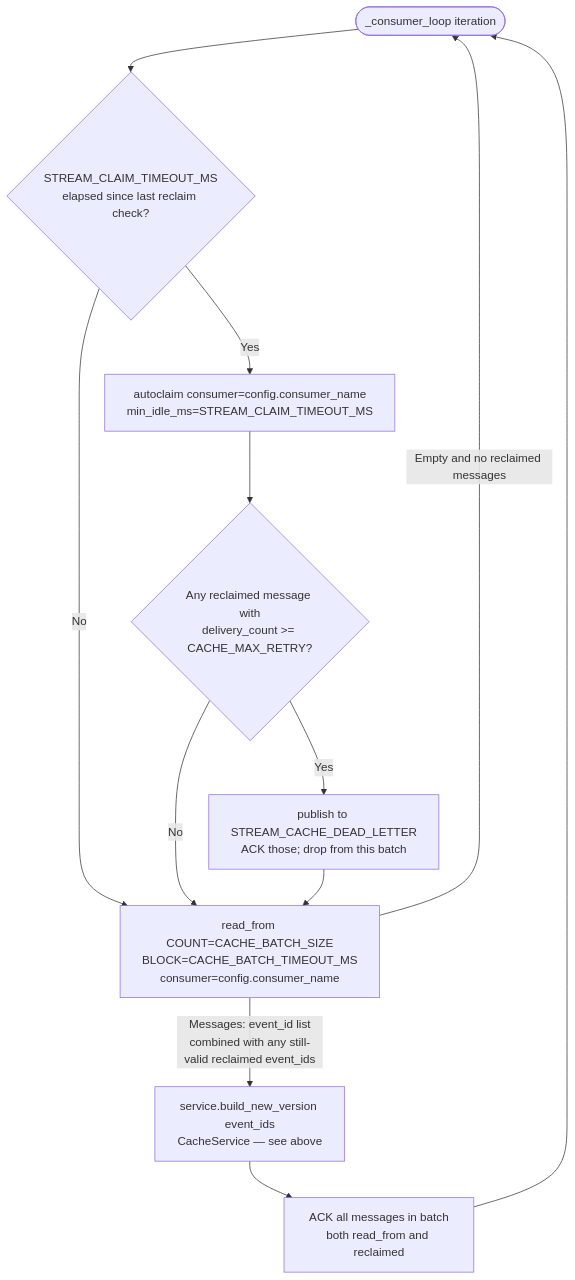
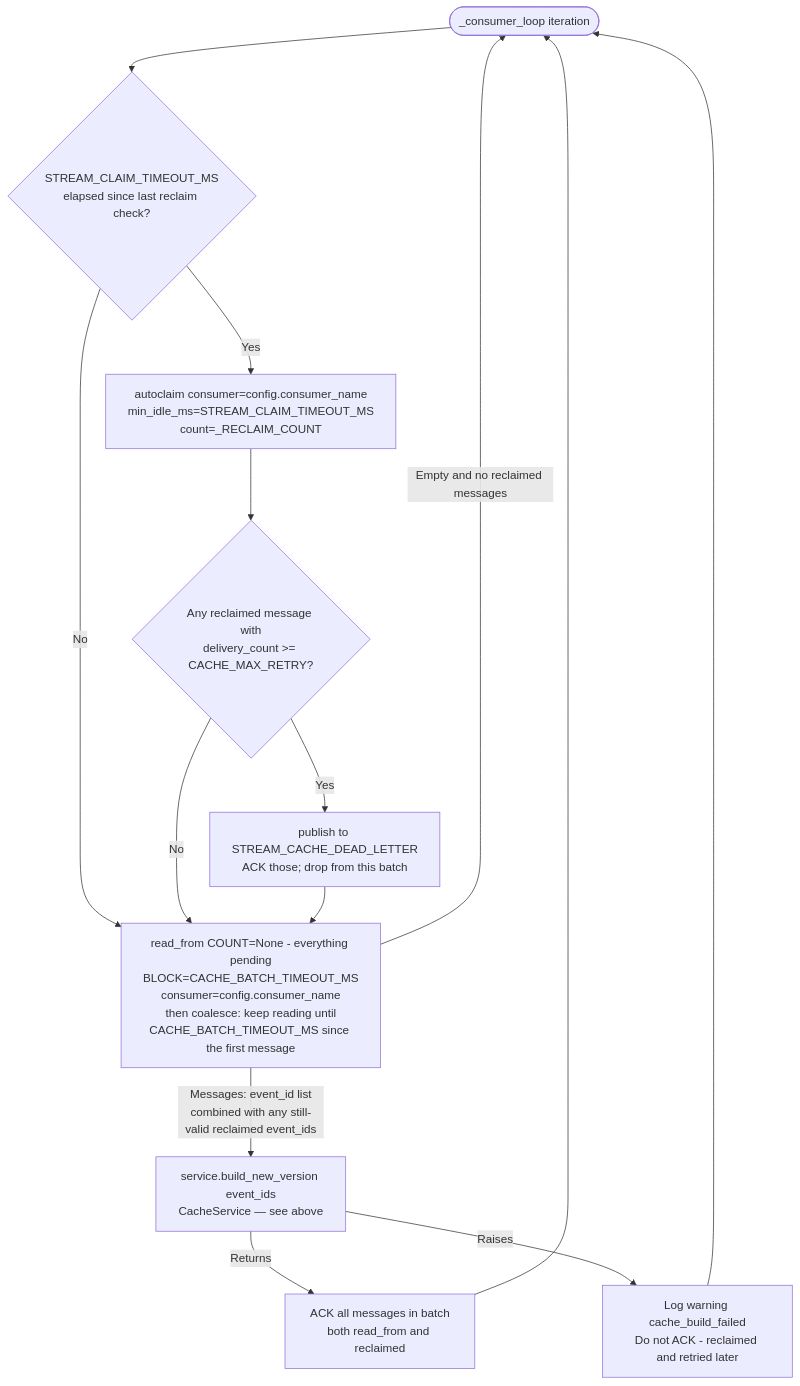
The fourth of 4 diagrams in stock-assistant-pipeline-intelligence/docs/implementation.md (mars-xiaoyi/wealthfinder), drawn with Mermaid before and after one commit. The commit also changed other lines of this file and 3 other files, not shown here.

````diff
--- a/stock-assistant-pipeline-intelligence/docs/implementation.md
+++ b/stock-assistant-pipeline-intelligence/docs/implementation.md
@@ -4853,14 +4614,16 @@
 ```mermaid
 flowchart TD
     A([_consumer_loop iteration]) --> RC{STREAM_CLAIM_TIMEOUT_MS\nelapsed since last reclaim check?}
-    RC -->|Yes| AC[autoclaim consumer=config.consumer_name\nmin_idle_ms=STREAM_CLAIM_TIMEOUT_MS]
+    RC -->|Yes| AC[autoclaim consumer=config.consumer_name\nmin_idle_ms=STREAM_CLAIM_TIMEOUT_MS\ncount=_RECLAIM_COUNT]
     RC -->|No| RG
     AC --> DL{Any reclaimed message with\ndelivery_count >= CACHE_MAX_RETRY?}
     DL -->|Yes| DLW[publish to STREAM_CACHE_DEAD_LETTER\nACK those; drop from this batch]
-    DL -->|No| RG[read_from COUNT=CACHE_BATCH_SIZE\nBLOCK=CACHE_BATCH_TIMEOUT_MS\nconsumer=config.consumer_name]
+    DL -->|No| RG[read_from COUNT=None - everything pending\nBLOCK=CACHE_BATCH_TIMEOUT_MS\nconsumer=config.consumer_name\nthen coalesce: keep reading until\nCACHE_BATCH_TIMEOUT_MS since the first message]
     DLW --> RG
     RG -->|Empty and no reclaimed messages| A
     RG -->|Messages: event_id list\ncombined with any still-valid reclaimed event_ids| BUILD[service.build_new_version event_ids\nCacheService — see above]
-    BUILD --> J[ACK all messages in batch\nboth read_from and reclaimed]
+    BUILD -->|Returns| J[ACK all messages in batch\nboth read_from and reclaimed]
+    BUILD -->|Raises| K[Log warning cache_build_failed\nDo not ACK - reclaimed and retried later]
     J --> A
+    K --> A
 ```
````
